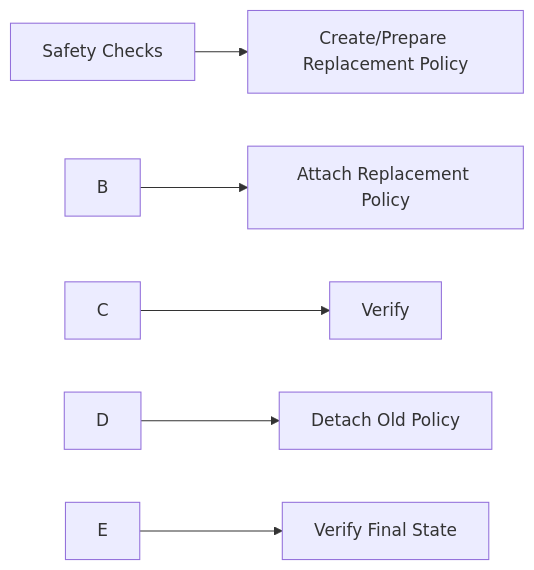
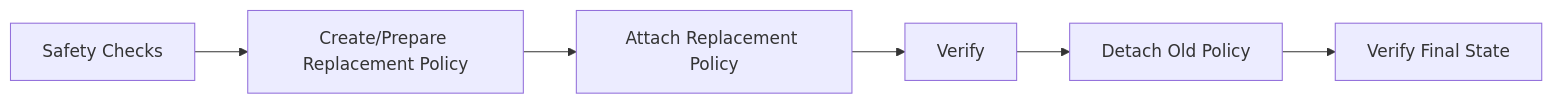
Before and after one commit to kanishkaramesh60/Cloud-least-privilege-enforcer: the second of 4 diagrams in README.md, drawn with Mermaid. The commit also changed other lines of this file, not shown here.

````diff
--- a/README.md
+++ b/README.md
@@ -236,8 +295,8 @@
 ```mermaid
 flowchart LR
-    A\[Safety Checks] --> B\[Create/Prepare Replacement Policy]
-    B --> C\[Attach Replacement Policy]
-    C --> D\[Verify]
-    D --> E\[Detach Old Policy]
-    E --> F\[Verify Final State]
+    A[Safety Checks] --> B[Create/Prepare Replacement Policy]
+    B --> C[Attach Replacement Policy]
+    C --> D[Verify]
+    D --> E[Detach Old Policy]
+    E --> F[Verify Final State]
 ```
````
